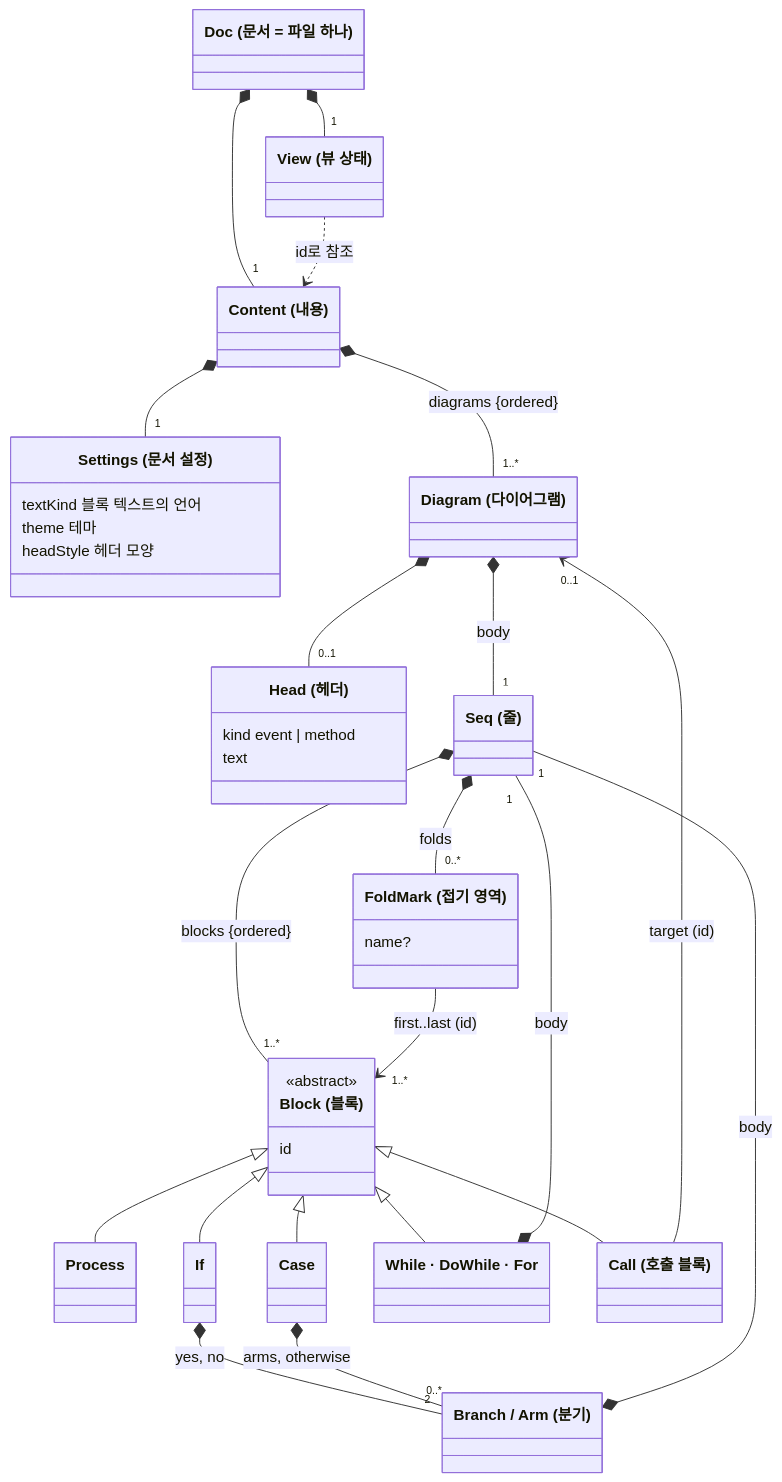
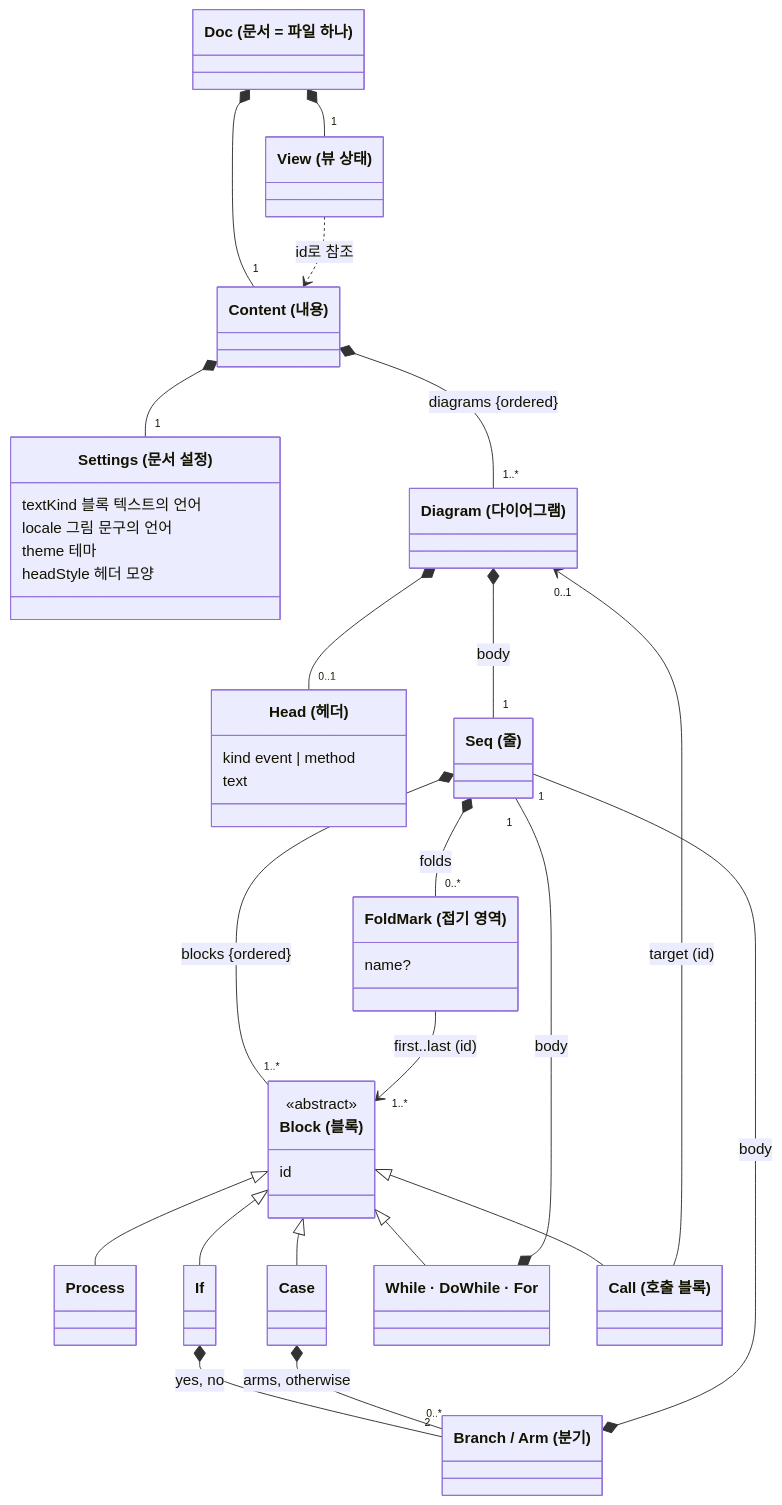
One commit to reddiana/AriadneNSD changed the fourth of 6 diagrams in docs/03-architecture/03-architecture.md. Above: the diagram before and after it, drawn with Mermaid. The commit also changed other lines of this file and 75 other files, not shown here.

````diff
--- a/docs/03-architecture/03-architecture.md
+++ b/docs/03-architecture/03-architecture.md
@@ -229,47 +229,48 @@
 ```mermaid
 classDiagram
     direction TB
     class Doc["Doc (문서 = 파일 하나)"]
     class Content["Content (내용)"]
     class View["View (뷰 상태)"]
     class Settings["Settings (문서 설정)"]
     Settings : textKind 블록 텍스트의 언어
+    Settings : locale 그림 문구의 언어
     Settings : theme 테마
     Settings : headStyle 헤더 모양
     class Diagram["Diagram (다이어그램)"]
     class Head["Head (헤더)"]
     Head : kind event | method
     Head : text
     class Seq["Seq (줄)"]
     class FoldMark["FoldMark (접기 영역)"]
     FoldMark : name?
     class Block["Block (블록)"]
     <<abstract>> Block
     Block : id
     class Process
     class If
     class Case
     class Loop["While · DoWhile · For"]
     class Call["Call (호출 블록)"]
     class Branch["Branch / Arm (분기)"]
     Doc *-- "1" Content
     Doc *-- "1" View
     Content *-- "1" Settings
     Content *-- "1..*" Diagram : diagrams {ordered}
     Diagram *-- "0..1" Head
     Diagram *-- "1" Seq : body
     Seq *-- "1..*" Block : blocks {ordered}
     Seq *-- "0..*" FoldMark : folds
     FoldMark --> "1..*" Block : first..last (id)
     Block <|-- Process
     Block <|-- If
     Block <|-- Case
     Block <|-- Loop
     Block <|-- Call
     If *-- "2" Branch : yes, no
     Case *-- "0..*" Branch : arms, otherwise
     Branch *-- "1" Seq : body
     Loop *-- "1" Seq : body
     Call --> "0..1" Diagram : target (id)
     View ..> Content : id로 참조
 ```
````
